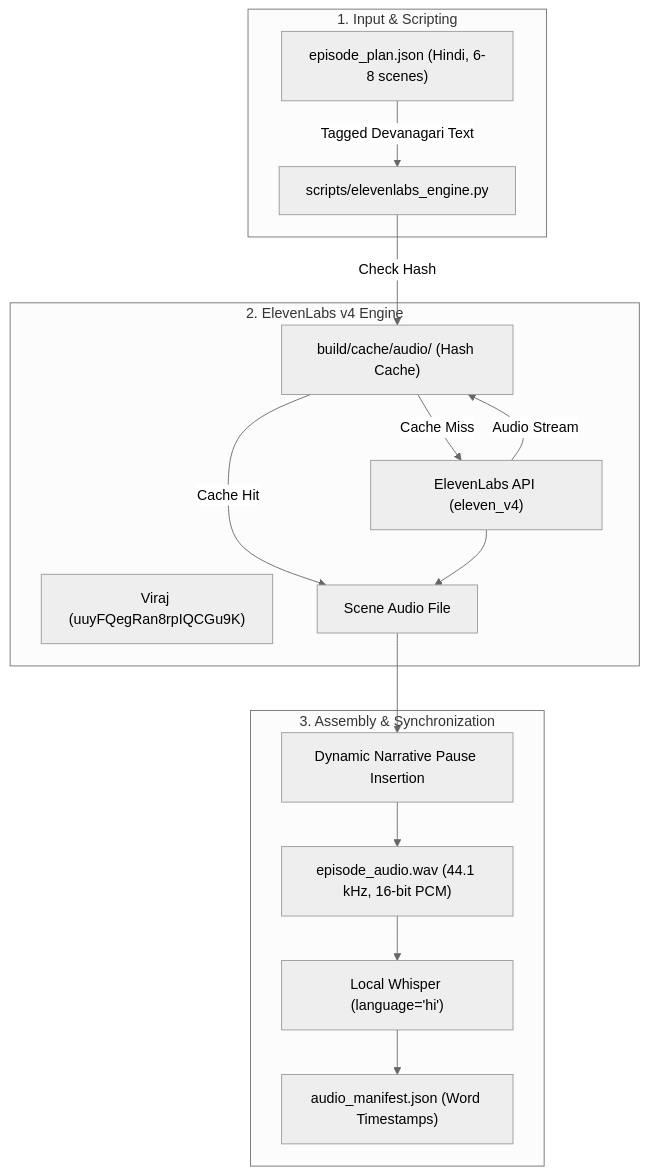
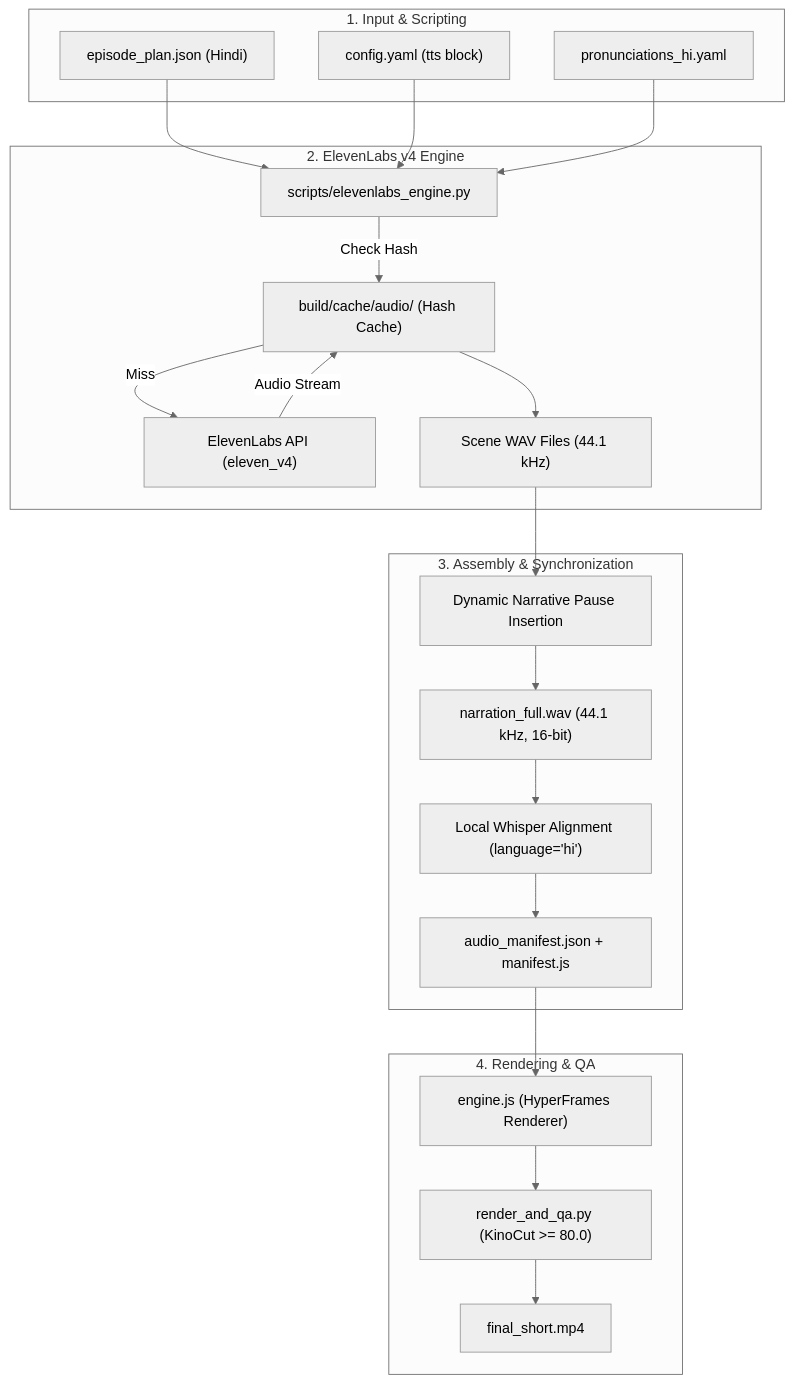
One commit to manishborikar92/Sutradhar changed the diagram in docs/hindi-voice-engine-development-plan.md. Above: the diagram before and after it, drawn with Mermaid (neutral theme). The commit also changed other lines of this file, not shown here.

First line of the commit message:
docs(development-plan): Restructure Hindi voice engine specification with enhanced technical clarity

````diff
--- a/docs/hindi-voice-engine-development-plan.md
+++ b/docs/hindi-voice-engine-development-plan.md
@@ -136,27 +221,35 @@
 ```mermaid
 flowchart TD
     subgraph Input ["1. Input & Scripting"]
-        EP["episode_plan.json (Hindi, 6-8 scenes)"]
-        EP -->|Tagged Devanagari Text| STAGES
+        EP["episode_plan.json (Hindi)"]
+        CFG["config.yaml (tts block)"]
+        PRON["pronunciations_hi.yaml"]
     end
 
     subgraph Engine ["2. ElevenLabs v4 Engine"]
-        STAGES["scripts/elevenlabs_engine.py"]
-        VC["Viraj (uuyFQegRan8rpIQCGu9K)"]
+        ELEVEN["scripts/elevenlabs_engine.py"]
         CACHE["build/cache/audio/ (Hash Cache)"]
         API["ElevenLabs API (eleven_v4)"]
         
-        STAGES -->|Check Hash| CACHE
-        CACHE -->|Cache Hit| SCENE_WAV["Scene Audio File"]
-        CACHE -->|Cache Miss| API
+        EP --> ELEVEN
+        CFG --> ELEVEN
+        PRON --> ELEVEN
+        ELEVEN -->|Check Hash| CACHE
+        CACHE -->|Miss| API
         API -->|Audio Stream| CACHE
-        API --> SCENE_WAV
+        CACHE --> SCENE_AUDIO["Scene WAV Files (44.1 kHz)"]
     end
 
     subgraph Assembly ["3. Assembly & Synchronization"]
-        SCENE_WAV --> PAUSES["Dynamic Narrative Pause Insertion"]
-        PAUSES --> MASTER["episode_audio.wav (44.1 kHz, 16-bit PCM)"]
-        MASTER --> WHISPER["Local Whisper (language='hi')"]
-        WHISPER --> MANIFEST["audio_manifest.json (Word Timestamps)"]
+        SCENE_AUDIO --> PAUSES["Dynamic Narrative Pause Insertion"]
+        PAUSES --> MASTER["narration_full.wav (44.1 kHz, 16-bit)"]
+        MASTER --> WHISPER["Local Whisper Alignment (language='hi')"]
+        WHISPER --> MANIFEST["audio_manifest.json + manifest.js"]
+    end
+
+    subgraph Video ["4. Rendering & QA"]
+        MANIFEST --> HYPER["engine.js (HyperFrames Renderer)"]
+        HYPER --> KINOCUT["render_and_qa.py (KinoCut >= 80.0)"]
+        KINOCUT --> FINAL["final_short.mp4"]
     end
 ```
````
